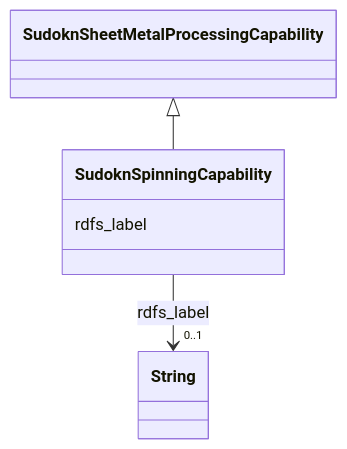
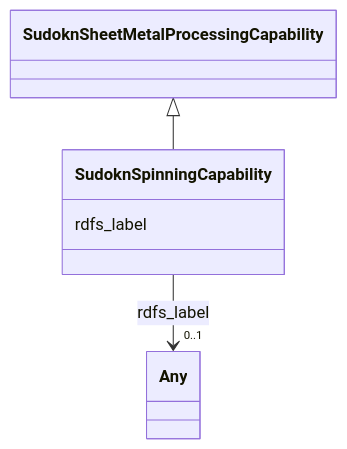
One commit to frink-okn/graph-descriptions changed the diagram in sudokn-kg/classes/SudoknSpinningCapability.md. Above: the diagram before and after it, drawn with Mermaid. The commit also changed other lines of this file and 903 other files, not shown here.

````diff
--- a/sudokn-kg/classes/SudoknSpinningCapability.md
+++ b/sudokn-kg/classes/SudoknSpinningCapability.md
@@ -23,18 +18,18 @@
 ```mermaid
  classDiagram
     class SudoknSpinningCapability
     click SudoknSpinningCapability href "../SudoknSpinningCapability"
       SudoknSheetMetalProcessingCapability <|-- SudoknSpinningCapability
         click SudoknSheetMetalProcessingCapability href "../SudoknSheetMetalProcessingCapability"
       
       SudoknSpinningCapability : rdfs_label
         
           
     
     
-    SudoknSpinningCapability --> "0..1" String : rdfs_label
-    click String href "../String"
+    SudoknSpinningCapability --> "0..1" Any : rdfs_label
+    click Any href "../Any"
 
         
       
 ```
````
